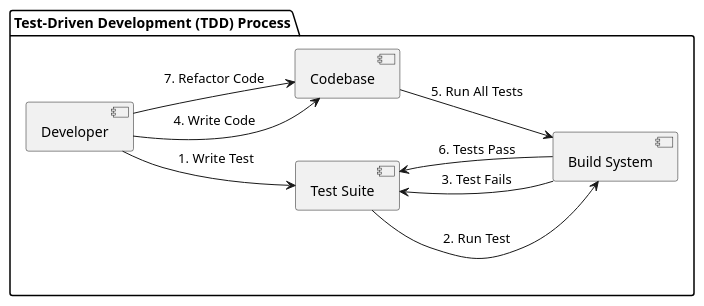
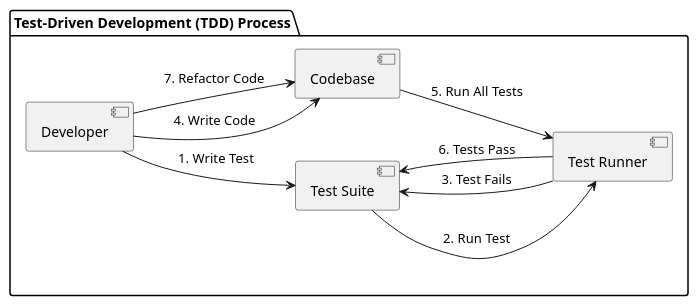
One commit to adam-omah/Final-Year-Project-Documents changed the diagram in PlantUML/Diagrams For Document/TDD.puml. Above: the diagram before and after it, drawn with PlantUML. The commit also changed 2 other files, not shown here.

```diff
--- a/PlantUML/Diagrams For Document/TDD.puml
+++ b/PlantUML/Diagrams For Document/TDD.puml
@@ -1,19 +1,19 @@
 @startuml
 left to right direction
 
 package "Test-Driven Development (TDD) Process" {
     component "Developer" as dev
     component "Test Suite" as test
     component "Codebase" as code
-    component "Build System" as build
+    component "Test Runner" as system
 
     dev --> test : " 1. Write Test"
-    test --> build : "2. Run Test"
-    build --> test : "3. Test Fails"
+    test --> system : "2. Run Test"
+    system --> test : "3. Test Fails"
     dev --> code : "4. Write Code"
-    code --> build : "5. Run All Tests"
-    build --> test : "6. Tests Pass"
+    code --> system : "5. Run All Tests"
+    system --> test : "6. Tests Pass"
     dev --> code : "7. Refactor Code"
 }
 
 @enduml
```
